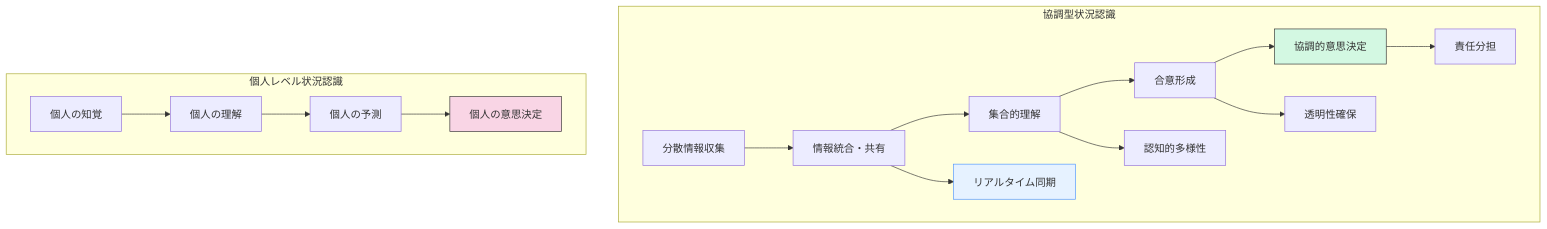
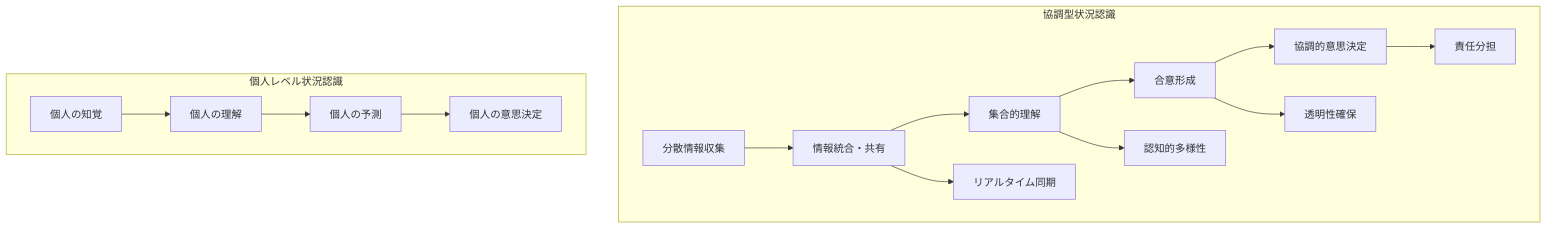
One commit to shuji-bonji/Situational-Awareness-and-Decision-Making changed the first of 4 diagrams in docs/decision-making-guide/collaborative-sa.md. Above: the diagram before and after it, drawn with Mermaid. The commit also changed other lines of this file and 49 other files, not shown here.

Commit message:
fix: ダークモードで見づらい図の色の変更

````diff
--- a/docs/decision-making-guide/collaborative-sa.md
+++ b/docs/decision-making-guide/collaborative-sa.md
@@ -19,25 +19,25 @@
 ```mermaid
 graph TD
     
     subgraph "協調型状況認識"
         B1[分散情報収集] --> B2[情報統合・共有]
         B2 --> B3[集合的理解]
         B3 --> B4[合意形成]
         B4 --> B5[協調的意思決定]
         
         B2 --> C1[リアルタイム同期]
         B3 --> C2[認知的多様性]
         B4 --> C3[透明性確保]
         B5 --> C4[責任分担]
     end
 
     subgraph "個人レベル状況認識"
         A1[個人の知覚] --> A2[個人の理解]
         A2 --> A3[個人の予測]
         A3 --> A4[個人の意思決定]
     end
 
-    style A4 fill:#f9d5e5,stroke:#333
-    style B5 fill:#d3f8e2,stroke:#333
-    style C1 fill:#e6f2ff,stroke:#4d94ff
+
+
+
 ```
````
